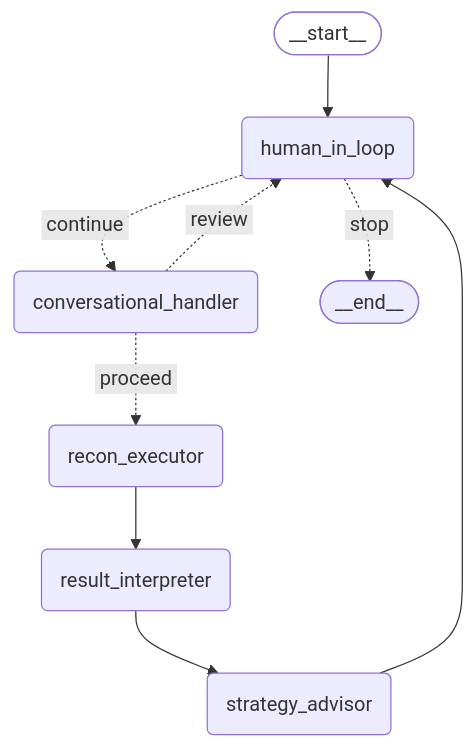
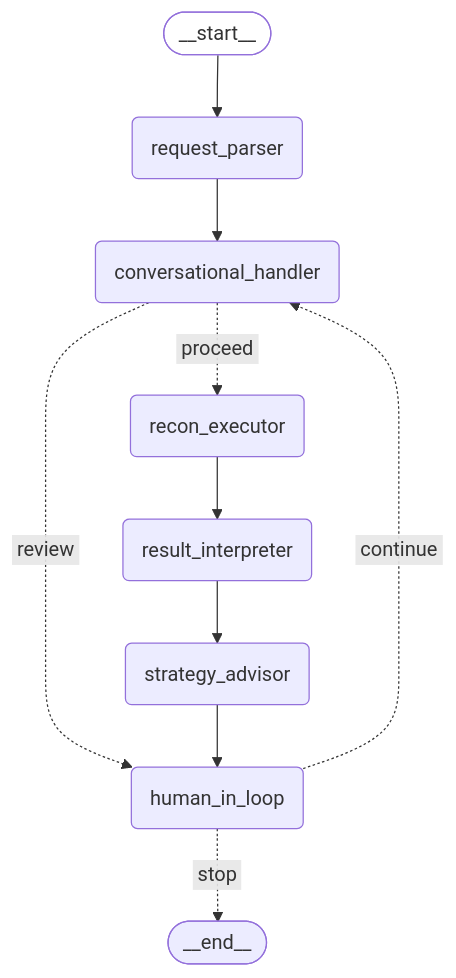
One commit to vksundararajan/AdaptiveFuzz changed the diagram in README.md. Above: the diagram before and after it, drawn with Mermaid. The commit also changed 11 other files, not shown here.

Commit message:
[FEATURE] Integrate request parser into the adaptive graph and enhance state initialization for reconnaissance tasks

````diff
--- a/README.md
+++ b/README.md
@@ -11,26 +11,28 @@
 ```mermaid
 ---
 config:
   flowchart:
     curve: CARDINAL
 ---
 graph TD;
 	__start__([<p>__start__</p>]):::first
+	request_parser(request_parser)
 	conversational_handler(conversational_handler)
 	recon_executor(recon_executor)
 	result_interpreter(result_interpreter)
 	strategy_advisor(strategy_advisor)
 	human_in_loop(human_in_loop)
 	__end__([<p>__end__</p>]):::last
-	__start__ --> human_in_loop;
+	__start__ --> request_parser;
 	conversational_handler -. &nbsp;review&nbsp; .-> human_in_loop;
 	conversational_handler -. &nbsp;proceed&nbsp; .-> recon_executor;
 	human_in_loop -. &nbsp;stop&nbsp; .-> __end__;
 	human_in_loop -. &nbsp;continue&nbsp; .-> conversational_handler;
 	recon_executor --> result_interpreter;
+	request_parser --> conversational_handler;
 	result_interpreter --> strategy_advisor;
 	strategy_advisor --> human_in_loop;
 	classDef default fill:,line-height:1.2
 	classDef first fill-opacity:0
 	classDef last fill:
 ```
````
